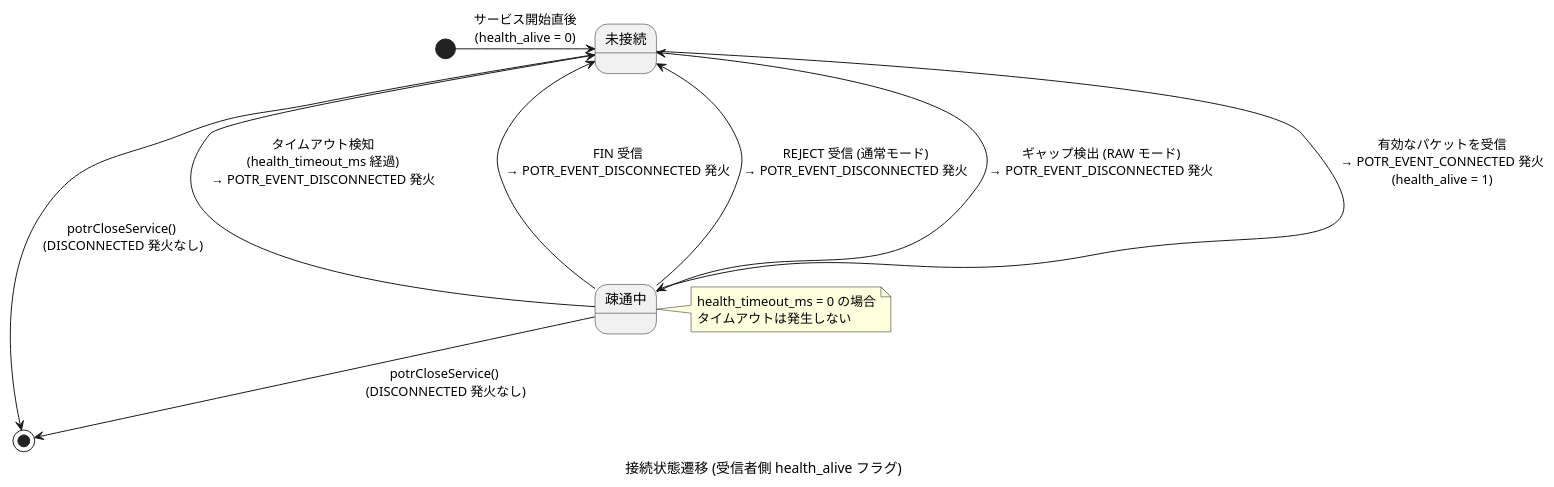
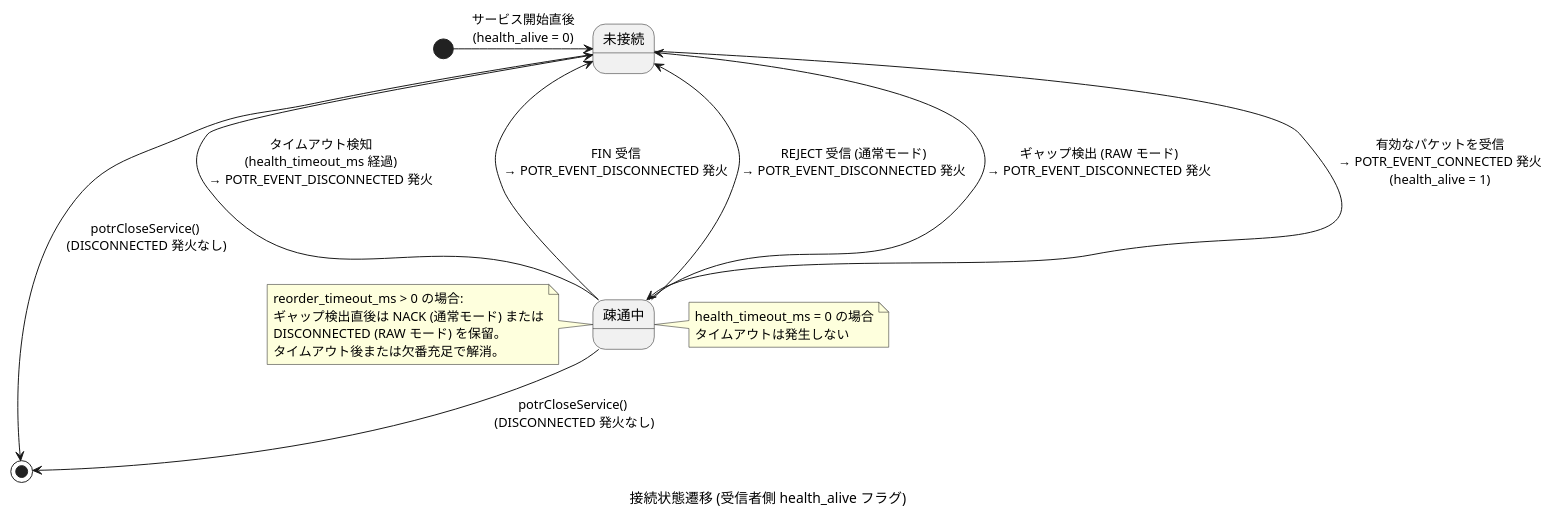
Diagram 16 of 16 in prod/porter/docs/sequence.md (Hondarer/c-modernization-kit), drawn with PlantUML before and after one commit. The commit also changed other lines of this file and 9 other files, not shown here.

````diff
--- a/prod/porter/docs/sequence.md
+++ b/prod/porter/docs/sequence.md
@@ -494,26 +590,33 @@
 ```plantuml
 @startuml 接続状態遷移 (受信者側 health_alive フラグ)
 caption 接続状態遷移 (受信者側 health_alive フラグ)
 
 [*] -r-> 未接続 : サービス開始直後\n(health_alive = 0)
 
 未接続 ---> 疎通中 : 有効なパケットを受信\n→ POTR_EVENT_CONNECTED 発火\n(health_alive = 1)
 
 疎通中 ---> 未接続 : タイムアウト検知\n (health_timeout_ms 経過) \n→ POTR_EVENT_DISCONNECTED 発火
 
 疎通中 --> 未接続 : FIN 受信\n→ POTR_EVENT_DISCONNECTED 発火
 
 疎通中 --> 未接続 : REJECT 受信 (通常モード)\n→ POTR_EVENT_DISCONNECTED 発火
 
 疎通中 --> 未接続 : ギャップ検出 (RAW モード)\n→ POTR_EVENT_DISCONNECTED 発火
 
 未接続 --> [*] : potrCloseService()\n (DISCONNECTED 発火なし)
 疎通中 --> [*] : potrCloseService()\n (DISCONNECTED 発火なし)
 
 note right of 疎通中
   health_timeout_ms = 0 の場合
   タイムアウトは発生しない
 end note
 
+note left of 疎通中
+  reorder_timeout_ms > 0 の場合:
+  ギャップ検出直後は NACK (通常モード) または
+  DISCONNECTED (RAW モード) を保留。
+  タイムアウト後または欠番充足で解消。
+end note
+
 @enduml
 ```
````
